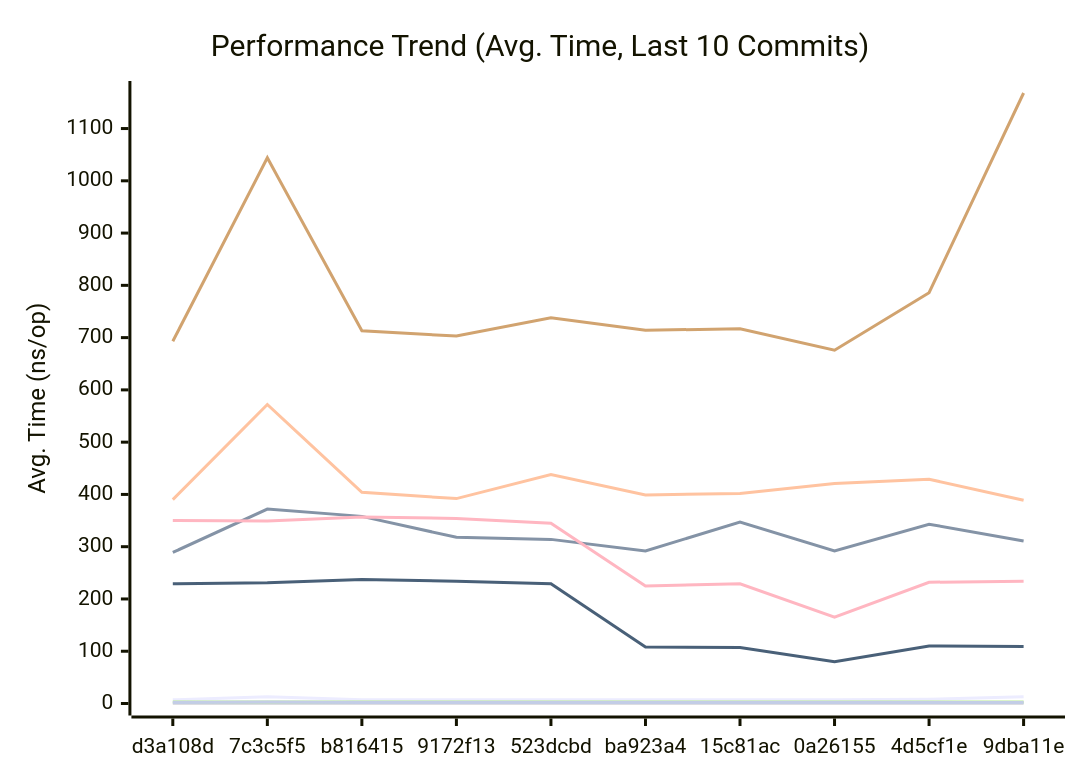
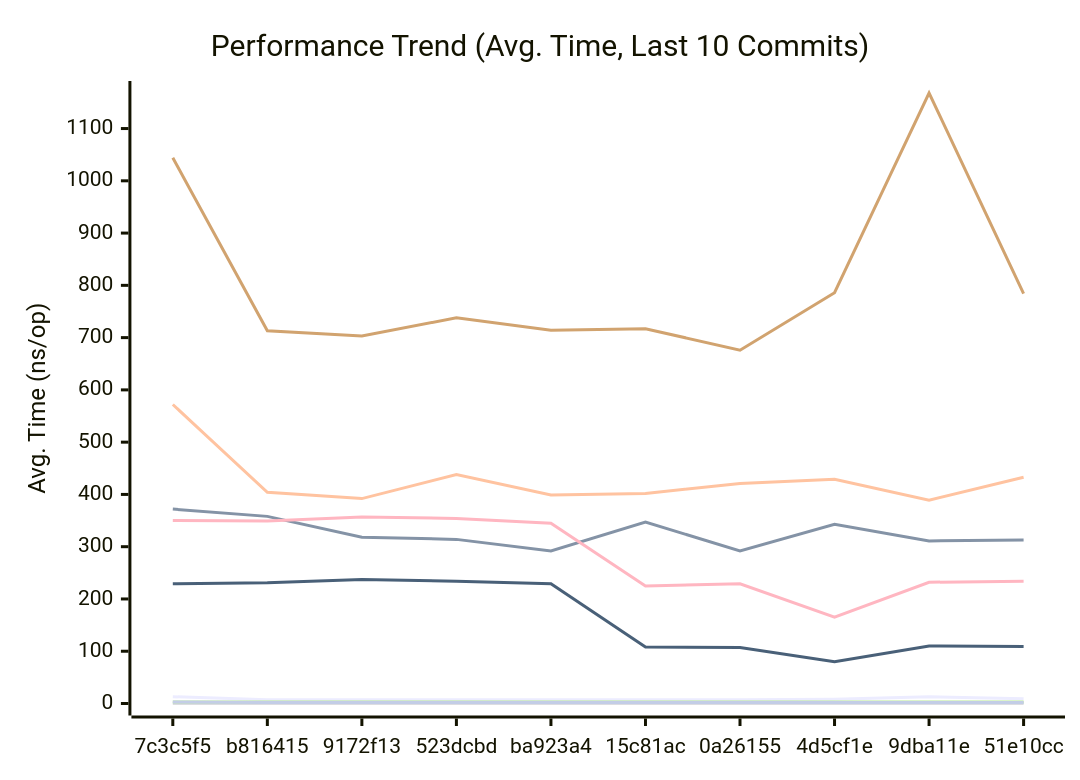
The first of 3 diagrams in docs/PERFORMANCE.md (alsotoes/momo), drawn with Mermaid before and after one commit. The commit also changed other lines of this file and 2 other files, not shown here.

````diff
--- a/docs/PERFORMANCE.md
+++ b/docs/PERFORMANCE.md
@@ -80,16 +80,16 @@
 ```mermaid
 xychart-beta
     title "Performance Trend (Avg. Time, Last 10 Commits)"
     x-axis "Commit"
     y-axis "Avg. Time (ns/op)"
-    x-axis [d3a108d,7c3c5f5,b816415,9172f13,523dcbd,ba923a4,15c81ac,0a26155,4d5cf1e,9dba11e]
-    line "CheckMetricsAndSwap" [7,13,7,7,7,7,7,7,8,13]
-    line "CrushOptimized" [289,372,358,318,314,292,347,292,343,311]
-    line "CrushOriginal" [390,572,404,392,438,399,402,421,429,389]
+    x-axis [7c3c5f5,b816415,9172f13,523dcbd,ba923a4,15c81ac,0a26155,4d5cf1e,9dba11e,51e10cc]
+    line "CheckMetricsAndSwap" [13,7,7,7,7,7,7,8,13,9]
+    line "CrushOptimized" [372,358,318,314,292,347,292,343,311,313]
+    line "CrushOriginal" [572,404,392,438,399,402,421,429,389,433]
     line "IndexDirectTracking" [0,0,0,0,0,0,0,0,0,0]
     line "IndexSearch" [3,3,3,3,3,3,3,3,3,3]
-    line "LoadGlobalConfig" [693,1044,713,703,738,714,717,676,786,1168]
-    line "PadString" [2,3,2,2,2,2,2,2,2,2]
+    line "LoadGlobalConfig" [1044,713,703,738,714,717,676,786,1168,784]
+    line "PadString" [3,2,2,2,2,2,2,2,2,2]
     line "ParseReplicationOrder_NoPrealloc" [350,349,357,354,345,225,229,165,232,234]
     line "ParseReplicationOrder_Prealloc" [229,231,237,234,229,108,107,80,110,109]
 ```
````
